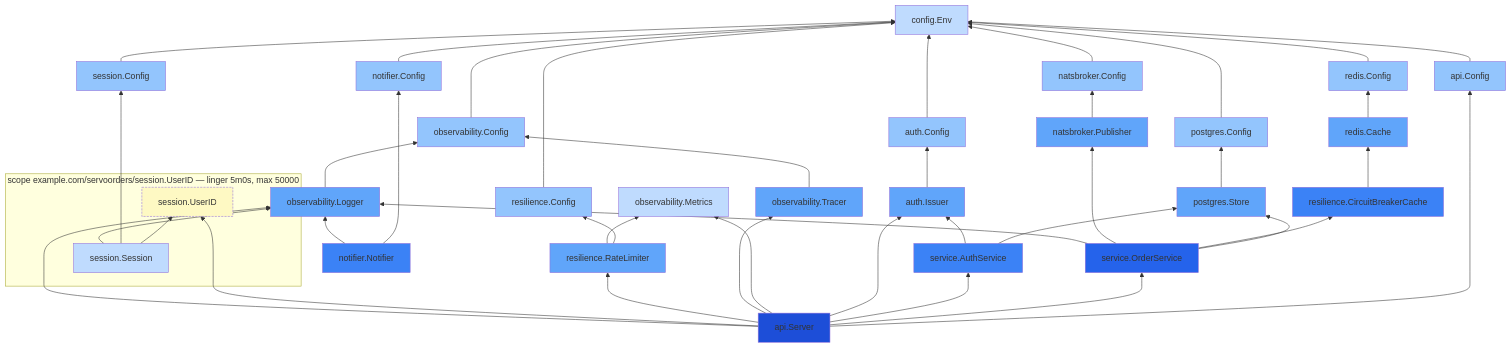
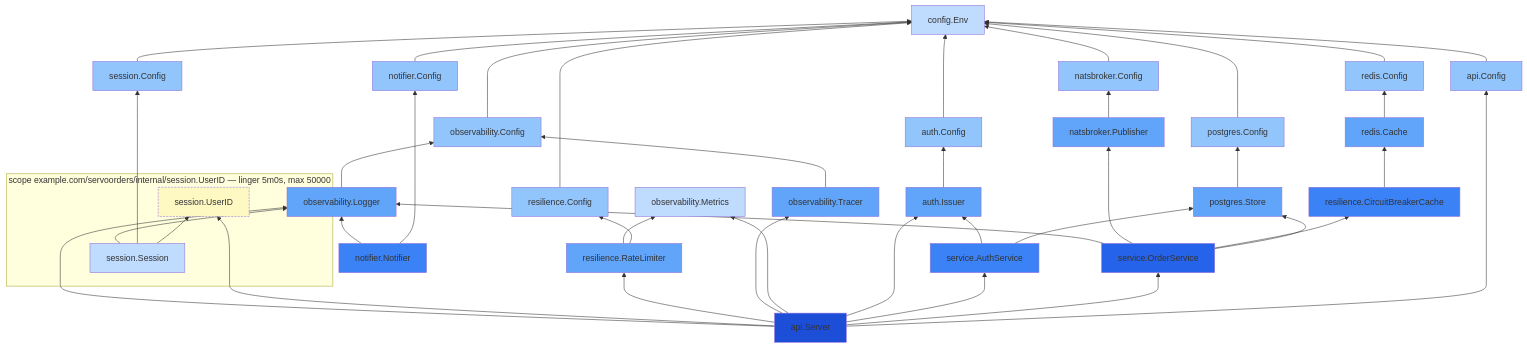
The diagram in docs/tutorial/13-wiring-with-servo.md (okian/servo), drawn with Mermaid before and after one commit. The commit also changed other lines of this file and 131 other files, not shown here.

````diff
--- a/docs/tutorial/13-wiring-with-servo.md
+++ b/docs/tutorial/13-wiring-with-servo.md
@@ -347,75 +347,75 @@
 ```mermaid
 graph BT
   n0["config.Env"]:::level1
   n1["session.Config"]:::level2
   n2["observability.Config"]:::level2
   n3["observability.Logger"]:::level3
   n4["api.Config"]:::level2
   n5["postgres.Config"]:::level2
   n6["postgres.Store"]:::level3
   n7["redis.Config"]:::level2
   n8["redis.Cache"]:::level3
   n9["resilience.CircuitBreakerCache"]:::level4
   n10["natsbroker.Config"]:::level2
   n11["natsbroker.Publisher"]:::level3
   n12["service.OrderService"]:::level5
   n13["auth.Config"]:::level2
   n14["auth.Issuer"]:::level3
   n15["service.AuthService"]:::level4
   n16["observability.Metrics"]:::level1
   n17["observability.Tracer"]:::level3
   n18["resilience.Config"]:::level2
   n19["resilience.RateLimiter"]:::level3
   n20["api.Server"]:::level6
   n21["notifier.Config"]:::level2
   n22["notifier.Notifier"]:::level4
-  subgraph scope0["scope example.com/servoorders/session.UserID — linger 5m0s, max 50000"]
+  subgraph scope0["scope example.com/servoorders/internal/session.UserID — linger 5m0s, max 50000"]
     k0["session.UserID"]:::scopekey
     n23["session.Session"]:::level1
   end
   n1 --> n0
   n2 --> n0
   n3 --> n2
   n4 --> n0
   n5 --> n0
   n6 --> n5
   n7 --> n0
   n8 --> n7
   n9 --> n8
   n10 --> n0
   n11 --> n10
   n12 --> n6
   n12 --> n9
   n12 --> n11
   n12 --> n3
   n13 --> n0
   n14 --> n13
   n15 --> n6
   n15 --> n14
   n17 --> n2
   n18 --> n0
   n19 --> n18
   n19 --> n16
   n20 --> n4
   n20 --> n12
   n20 --> n15
   n20 --> n14
   n20 --> n16
   n20 --> n17
   n20 --> n19
   n20 --> k0
   n20 --> n3
   n21 --> n0
   n22 --> n21
   n22 --> n3
   n23 --> k0
   n23 --> n1
   n23 --> n3
   classDef level1 fill:#bfdbfe;
   classDef level2 fill:#93c5fd;
   classDef level3 fill:#60a5fa;
   classDef level4 fill:#3b82f6;
   classDef level5 fill:#2563eb;
   classDef level6 fill:#1d4ed8;
   classDef scopekey fill:#fef9c3,stroke-dasharray: 4 2;
 ```
````
